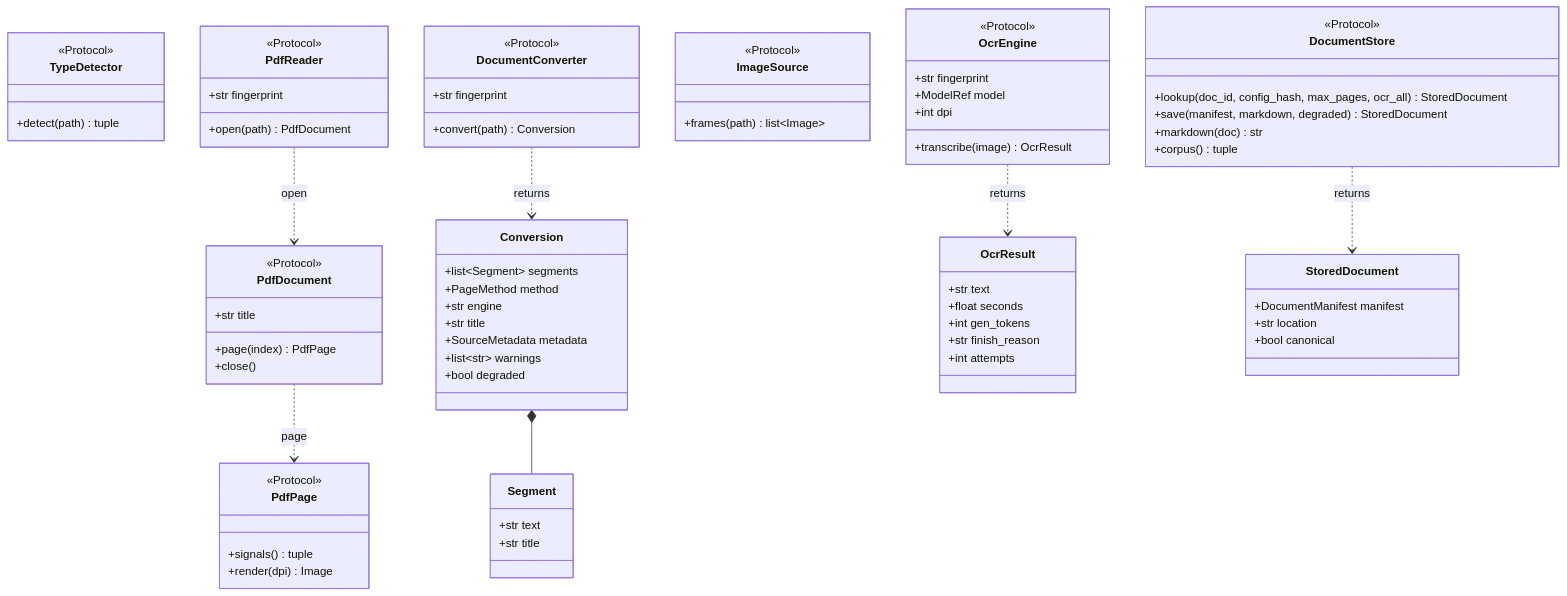
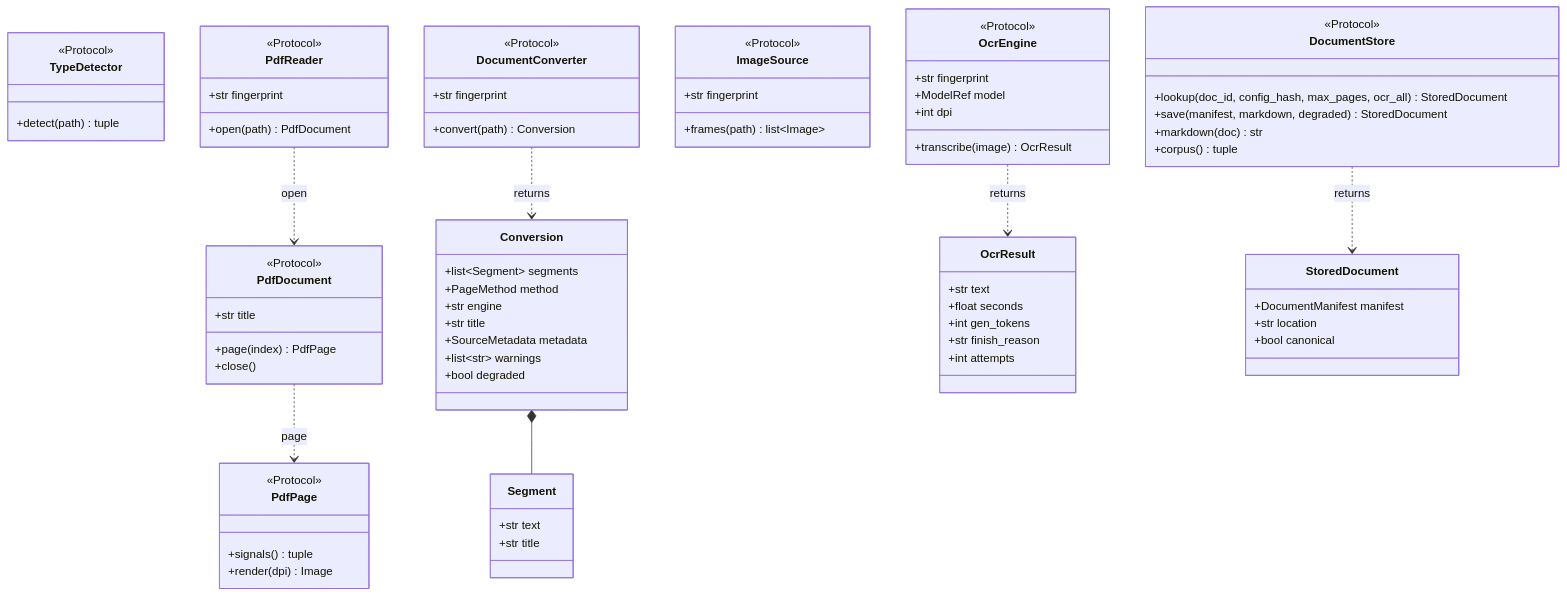
Before and after one commit to etxsA/doc-ingest: the fourth of 18 diagrams in docs/architecture.md, drawn with Mermaid. The commit also changed other lines of this file and 12 other files, not shown here.

Commit message:
docs: module READMEs, architecture and contributing guide match the fixes

````diff
--- a/docs/architecture.md
+++ b/docs/architecture.md
@@ -225,77 +225,78 @@
 ```mermaid
 classDiagram
     class TypeDetector {
         <<Protocol>>
         +detect(path) tuple
     }
     class PdfReader {
         <<Protocol>>
         +str fingerprint
         +open(path) PdfDocument
     }
     class PdfDocument {
         <<Protocol>>
         +str title
         +page(index) PdfPage
         +close()
     }
     class PdfPage {
         <<Protocol>>
         +signals() tuple
         +render(dpi) Image
     }
     class OcrEngine {
         <<Protocol>>
         +str fingerprint
         +ModelRef model
         +int dpi
         +transcribe(image) OcrResult
     }
     class ImageSource {
         <<Protocol>>
+        +str fingerprint
         +frames(path) list~Image~
     }
     class DocumentConverter {
         <<Protocol>>
         +str fingerprint
         +convert(path) Conversion
     }
     class DocumentStore {
         <<Protocol>>
         +lookup(doc_id, config_hash, max_pages, ocr_all) StoredDocument
         +save(manifest, markdown, degraded) StoredDocument
         +markdown(doc) str
         +corpus() tuple
     }
     class Conversion {
         +list~Segment~ segments
         +PageMethod method
         +str engine
         +str title
         +SourceMetadata metadata
         +list~str~ warnings
         +bool degraded
     }
     class Segment {
         +str text
         +str title
     }
     class OcrResult {
         +str text
         +float seconds
         +int gen_tokens
         +str finish_reason
         +int attempts
     }
     class StoredDocument {
         +DocumentManifest manifest
         +str location
         +bool canonical
     }
     PdfReader ..> PdfDocument : open
     PdfDocument ..> PdfPage : page
     OcrEngine ..> OcrResult : returns
     DocumentConverter ..> Conversion : returns
     Conversion *-- Segment
     DocumentStore ..> StoredDocument : returns
 ```
````
